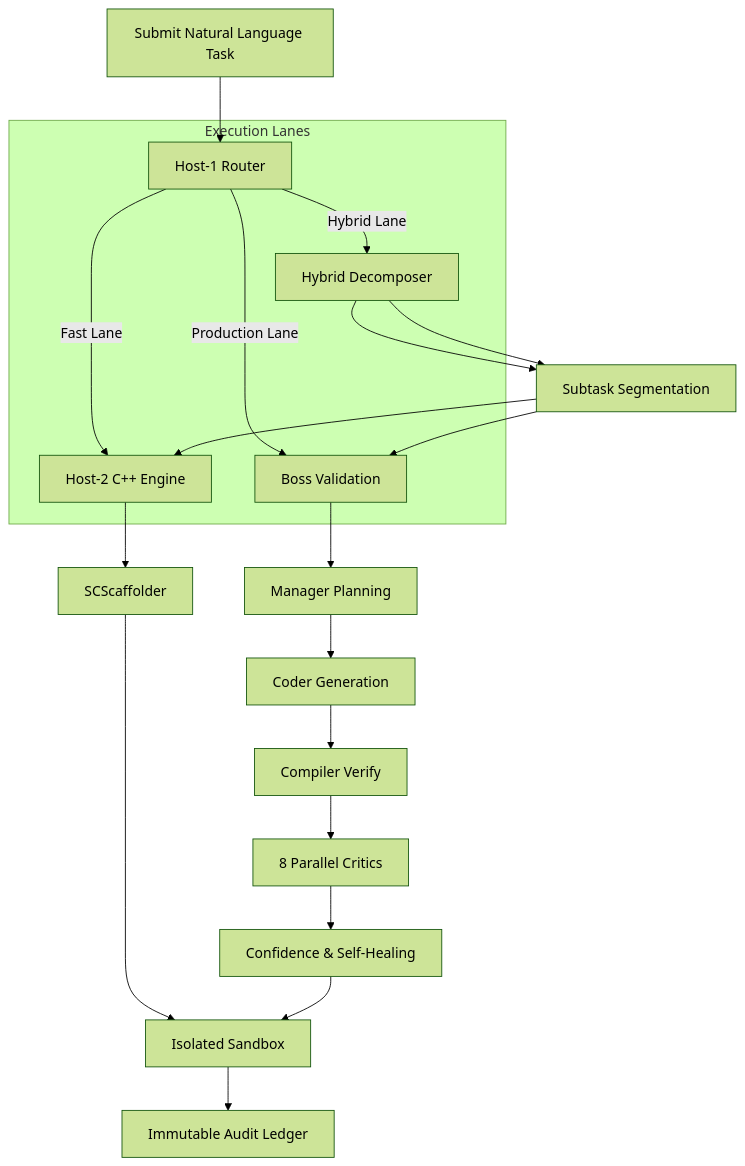
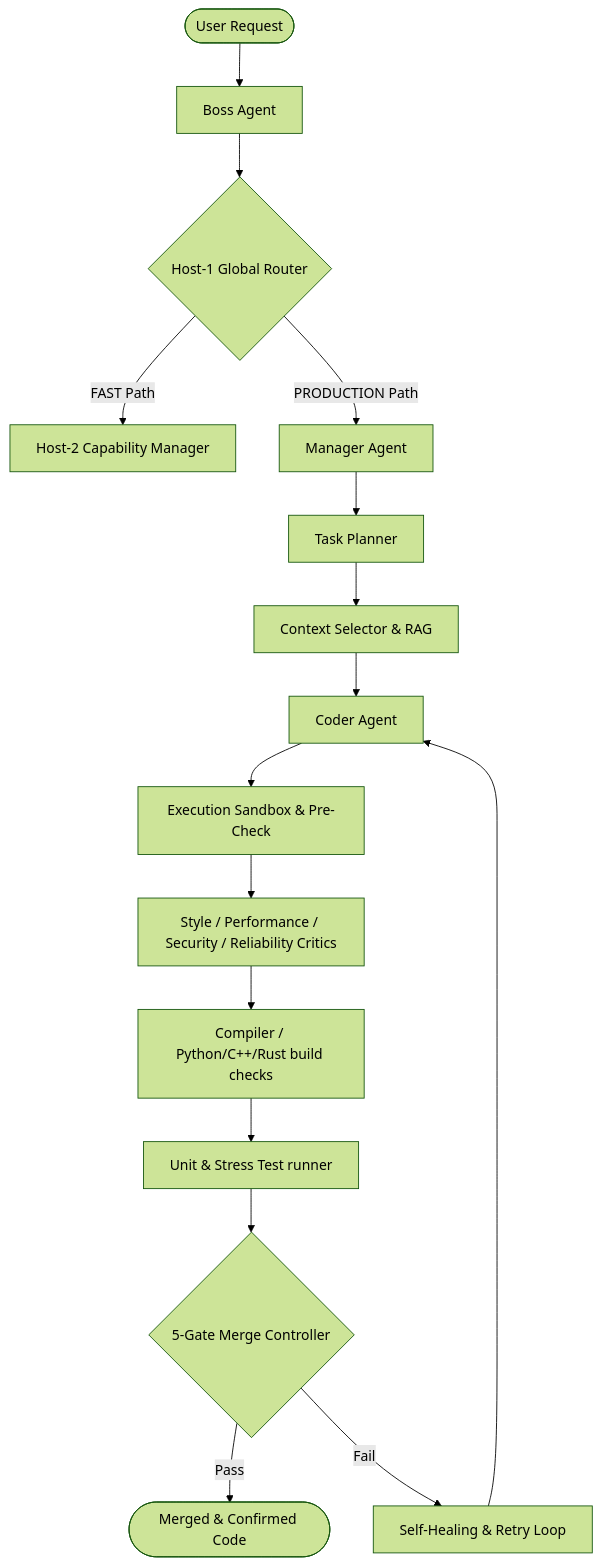
The diagram in README.md (abhinav00anand/aiswarm), drawn with Mermaid (forest theme) before and after one commit. The commit also changed other lines of this file, not shown here.

````diff
--- a/README.md
+++ b/README.md
@@ -88,20 +26,21 @@
 ```mermaid
 graph TD
-    NLTask[Submit Natural Language Task] --> Router[Host-1 Router]
+    User([User Request]) --> Boss[Boss Agent]
+    Boss --> Router{Host-1 Global Router}
     
-    subgraph Execution Lanes
-        Router -->|Fast Lane| Host2[Host-2 C++ Engine]
-        Router -->|Production Lane| Boss[Boss Validation]
-        Router -->|Hybrid Lane| Decomposer[Hybrid Decomposer]
-    end
+    Router -->|FAST Path| CapManager[Host-2 Capability Manager]
+    Router -->|PRODUCTION Path| Manager[Manager Agent]
     
-    Host2 --> Scaffolder[SCScaffolder] --> Sandbox[Isolated Sandbox]
+    Manager --> Planner[Task Planner]
+    Planner --> RAG[Context Selector & RAG]
+    RAG --> Coder[Coder Agent]
+    Coder --> Sandbox[Execution Sandbox & Pre-Check]
+    Sandbox --> Critics[Style / Performance / Security / Reliability Critics]
+    Critics --> Compiler[Compiler / Python/C++/Rust build checks]
+    Compiler --> TestRunner[Unit & Stress Test runner]
+    TestRunner --> MergeController{5-Gate Merge Controller}
     
-    Boss --> Mgr[Manager Planning] --> Coder[Coder Generation] --> Compiler[Compiler Verify]
-    Compiler --> Critics[8 Parallel Critics] --> Cond[Confidence & Self-Healing] --> Sandbox
-    
-    Decomposer --> Segment[Subtask Segmentation] --> Host2
-    Decomposer --> Segment --> Boss
-    
-    Sandbox --> Audit[Immutable Audit Ledger]
+    MergeController -->|Pass| Success([Merged & Confirmed Code])
+    MergeController -->|Fail| SelfHealing[Self-Healing & Retry Loop]
+    SelfHealing --> Coder
 ```
````
